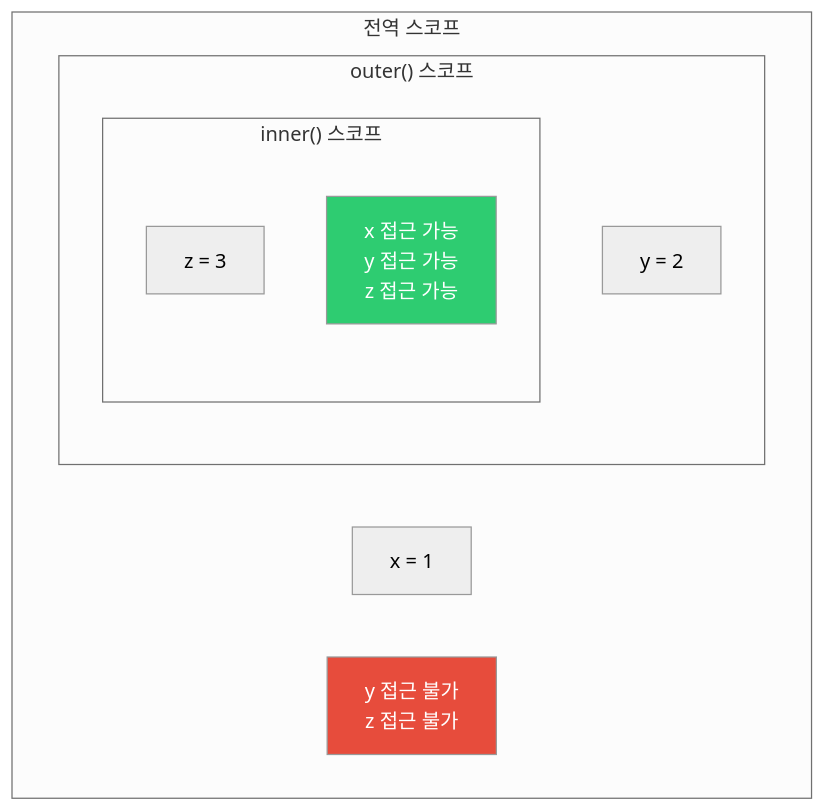
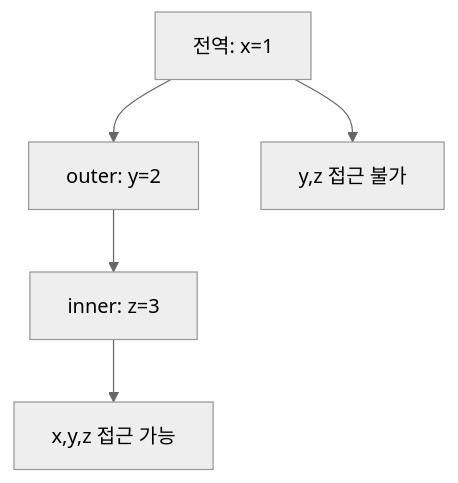
One commit to yjkim2015/yjkim2015.github.io changed the first of 8 diagrams in _posts/frontend/2026-05-02-js-closure.md. Above: the diagram before and after it, drawn with Mermaid (neutral theme). The commit also changed other lines of this file and 215 other files, not shown here.

First line of the commit message:
신규 포스트 10개 추가 + Mermaid 전면 축소 + SystemDesign 시리즈 보강

````diff
--- a/_posts/frontend/2026-05-02-js-closure.md
+++ b/_posts/frontend/2026-05-02-js-closure.md
@@ -43,17 +43,6 @@
 ```mermaid
 graph TD
-    subgraph "전역 스코프"
-        G[x = 1]
-        subgraph "outer() 스코프"
-            O[y = 2]
-            subgraph "inner() 스코프"
-                I[z = 3]
-                I_ACCESS["x 접근 가능<br>y 접근 가능<br>z 접근 가능"]
-            end
-        end
-        G_ACCESS["y 접근 불가<br>z 접근 불가"]
-    end
-
-    style I_ACCESS fill:#2ecc71,color:#fff
-    style G_ACCESS fill:#e74c3c,color:#fff
+    G["전역: x=1"] --> O["outer: y=2"] --> I["inner: z=3"]
+    I --> IA["x,y,z 접근 가능"]
+    G --> GA["y,z 접근 불가"]
 ```
````
